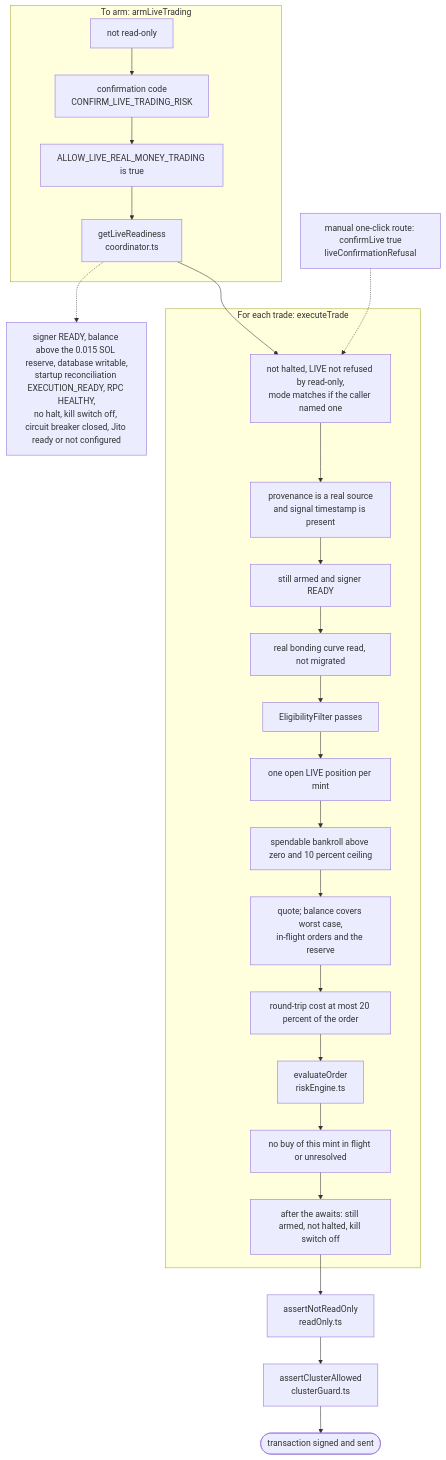
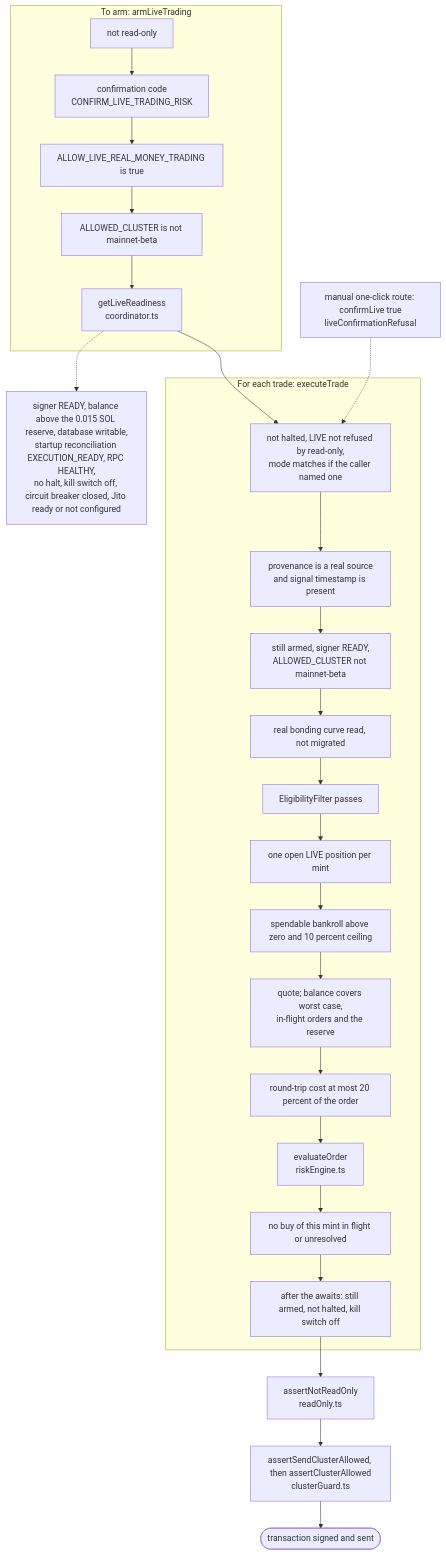
The third of 3 diagrams in docs/ARCHITECTURE.md (ttcdm/hft), drawn with Mermaid before and after one commit. The commit also changed other lines of this file and 5 other files, not shown here.

Commit message:
S204: refuse arming, trading and sending whenever ALLOWED_CLUSTER=mainnet-beta

````diff
--- a/docs/ARCHITECTURE.md
+++ b/docs/ARCHITECTURE.md
@@ -117,27 +117,28 @@
 ```mermaid
 flowchart TD
   subgraph arm["To arm: armLiveTrading"]
     a0["not read-only"] --> a1["confirmation code<br/>CONFIRM_LIVE_TRADING_RISK"]
     a1 --> a2["ALLOW_LIVE_REAL_MONEY_TRADING is true"]
-    a2 --> a3["getLiveReadiness<br/>coordinator.ts"]
+    a2 --> a2b["ALLOWED_CLUSTER is not mainnet-beta"]
+    a2b --> a3["getLiveReadiness<br/>coordinator.ts"]
   end
   a3 -.-> a3g["signer READY, balance above the 0.015 SOL reserve, database writable,<br/>startup reconciliation EXECUTION_READY, RPC HEALTHY,<br/>no halt, kill switch off, circuit breaker closed, Jito ready or not configured"]
   a3 --> t0
   subgraph trade["For each trade: executeTrade"]
     t0["not halted, LIVE not refused by read-only,<br/>mode matches if the caller named one"] --> t1["provenance is a real source<br/>and signal timestamp is present"]
-    t1 --> t2["still armed and signer READY"]
+    t1 --> t2["still armed, signer READY,<br/>ALLOWED_CLUSTER not mainnet-beta"]
     t2 --> t3["real bonding curve read, not migrated"]
     t3 --> t4["EligibilityFilter passes"]
     t4 --> t5["one open LIVE position per mint"]
     t5 --> t6["spendable bankroll above zero and 10 percent ceiling"]
     t6 --> t7["quote; balance covers worst case,<br/>in-flight orders and the reserve"]
     t7 --> t8["round-trip cost at most 20 percent of the order"]
     t8 --> t9["evaluateOrder<br/>riskEngine.ts"]
     t9 --> t10["no buy of this mint in flight or unresolved"]
     t10 --> t11["after the awaits: still armed, not halted, kill switch off"]
   end
   t11 --> s0["assertNotReadOnly<br/>readOnly.ts"]
-  s0 --> s1["assertClusterAllowed<br/>clusterGuard.ts"]
+  s0 --> s1["assertSendClusterAllowed, then assertClusterAllowed<br/>clusterGuard.ts"]
   s1 --> s2(["transaction signed and sent"])
   m["manual one-click route: confirmLive true<br/>liveConfirmationRefusal"] -.-> t0
 ```
````
